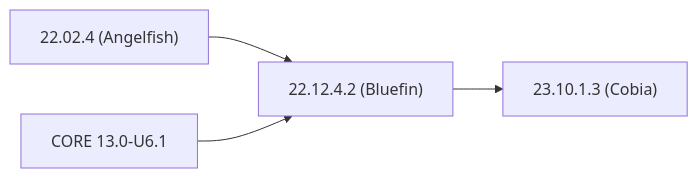
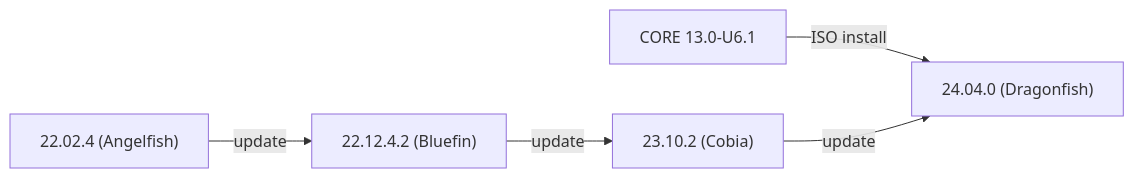
The first of 2 diagrams in content/TrueNASUpgrades/_index.md (truenas/documentation), drawn with Mermaid before and after one commit. The commit also changed other lines of this file, not shown here.

Commit message:
Update Software Releases Upgrade Paths

```diff
--- a/content/TrueNASUpgrades/_index.md
+++ b/content/TrueNASUpgrades/_index.md
@@ -56,8 +55,9 @@
 {{< mermaid class="mermaid_sizing" >}}
 flowchart LR
 
-A["22.02.4 (Angelfish)"] --> C
-B["CORE 13.0-U6.1"] --> C
-C["22.12.4.2 (Bluefin)"] --> D
-D["23.10.1.3 (Cobia)"]
+A["22.02.4 (Angelfish)"] -->|update| C
+B[CORE 13.0-U6.1] -->|ISO install| E
+C["22.12.4.2 (Bluefin)"] -->|update| D
+D["23.10.2 (Cobia)"] -->|update| E
+E["24.04.0 (Dragonfish)"]
 {{< /mermaid >}}
```
